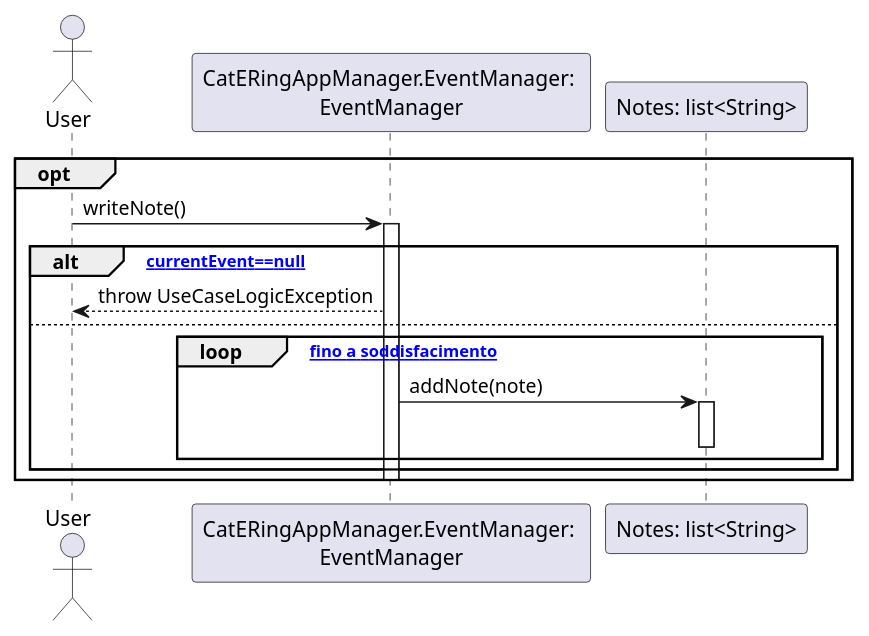
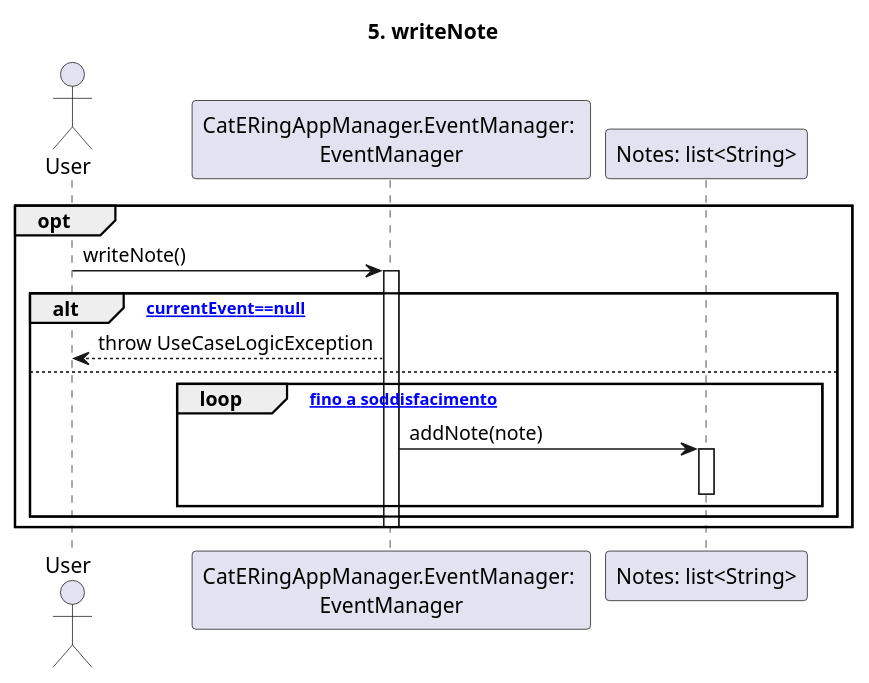
The diagram in dsd/dsd-eventi/scenarioPrincipale/5-writeNote.md (m0canu1/sas), drawn with PlantUML before and after one commit. The commit also changed 13 other files, not shown here.

````diff
--- a/dsd/dsd-eventi/scenarioPrincipale/5-writeNote.md
+++ b/dsd/dsd-eventi/scenarioPrincipale/5-writeNote.md
@@ -1,20 +1,23 @@
 ```plantuml
+
+title: 5. writeNote
+
 Actor User
 Participant "CatERingAppManager.EventManager: \nEventManager" as EM 
 
 opt
     User -> EM: writeNote()
     Activate EM  
     alt [currentEvent==null]
         EM --> User: throw UseCaseLogicException
     else
     loop ["fino a soddisfacimento"]
         EM -> "Notes: list<String>": addNote(note)
         Activate "Notes: list<String>"
         Deactivate "Notes: list<String>"        
     end
     end
     Deactivate EM
 end
 
 ```
````
